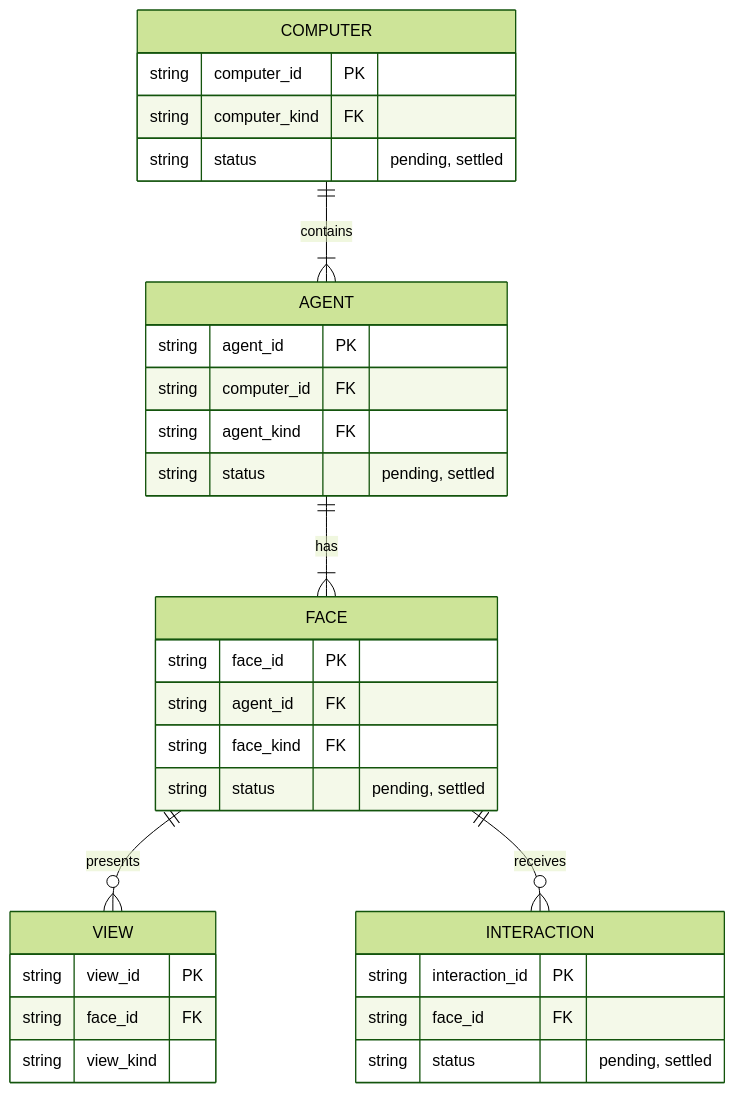
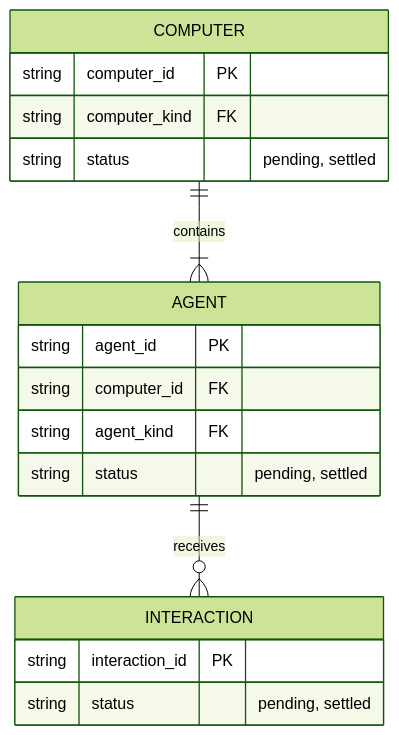
Before and after one commit to dreamcatcher-tech/artifact-codex: the diagram in design/docs/ENTITIES.md, drawn with Mermaid (forest theme).

Commit message:
remove faces from entities

````diff
--- a/design/docs/ENTITIES.md
+++ b/design/docs/ENTITIES.md
@@ -3,39 +3,23 @@
 ```mermaid
 erDiagram
   COMPUTER ||--|{ AGENT : contains
-  AGENT ||--|{ FACE : has
-  FACE ||--o{ VIEW : presents
-  FACE ||--o{ INTERACTION : receives
+  AGENT ||--o{ INTERACTION : receives
 
   COMPUTER {
     string computer_id PK
     string computer_kind FK
     string status "pending, settled"
   }
 
   AGENT {
     string agent_id PK
     string computer_id FK
     string agent_kind FK
     string status "pending, settled"
   }
 
-  FACE {
-    string face_id PK
-    string agent_id FK
-    string face_kind FK
-    string status "pending, settled"
-  }
-
-  VIEW {
-    string view_id PK
-    string face_id FK
-    string view_kind
-  }
-
   INTERACTION {
     string interaction_id PK
-    string face_id FK
     string status "pending, settled"
   }
 ```
````
